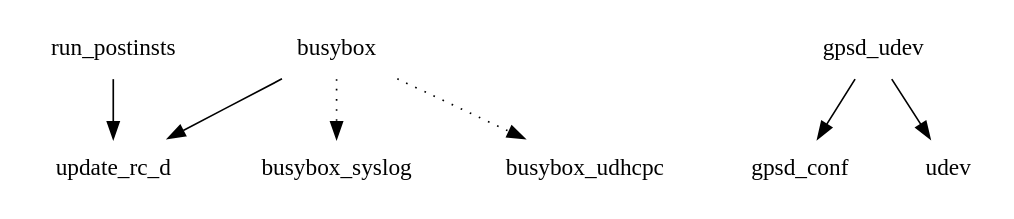
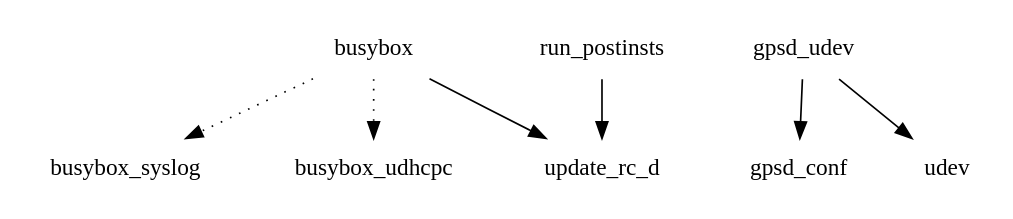
One commit to shr-distribution/buildhistory-old changed the diagram in images/crespo/eglibc/chroot-image/depends-nokernel-nolibc.dot. Above: the diagram before and after it, drawn with Graphviz. The commit also changed other lines of this file and 26 other files, not shown here.

```diff
--- a/images/crespo/eglibc/chroot-image/depends-nokernel-nolibc.dot
+++ b/images/crespo/eglibc/chroot-image/depends-nokernel-nolibc.dot
@@ -1,9 +1,9 @@
 digraph depends {
     node [shape=plaintext]
-busybox -> update_rc_d;
 busybox -> busybox_syslog [style=dotted];
 busybox -> busybox_udhcpc [style=dotted];
+busybox -> update_rc_d;
 gpsd_udev -> gpsd_conf;
 gpsd_udev -> udev;
 run_postinsts -> update_rc_d;
 }
```
